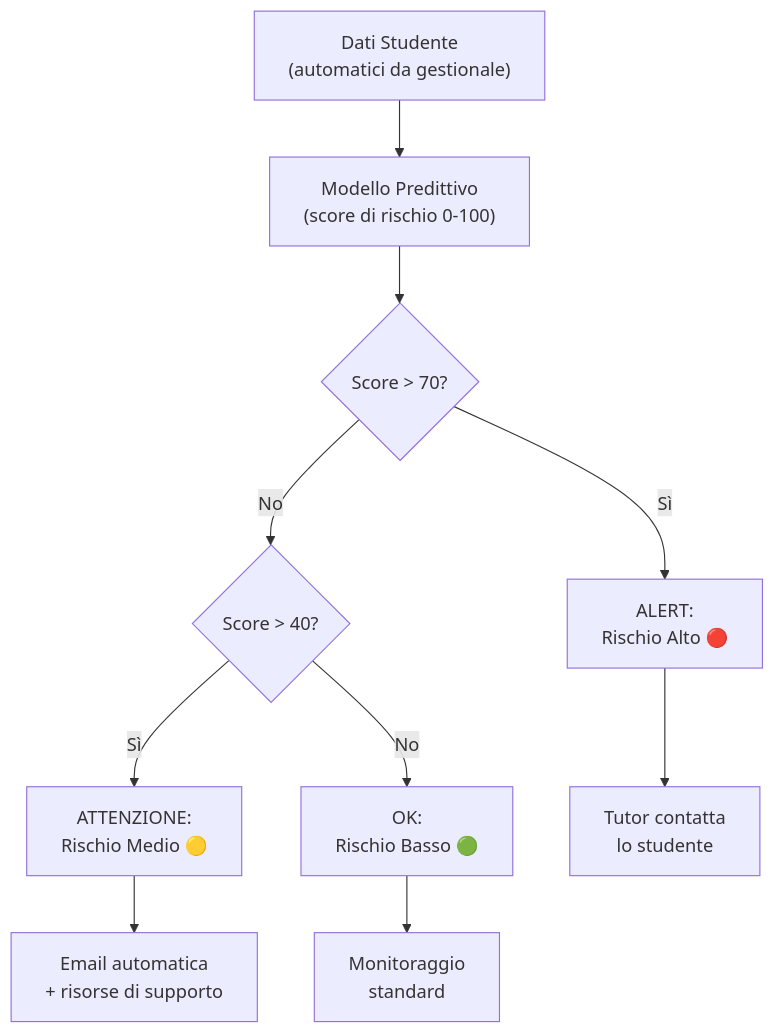
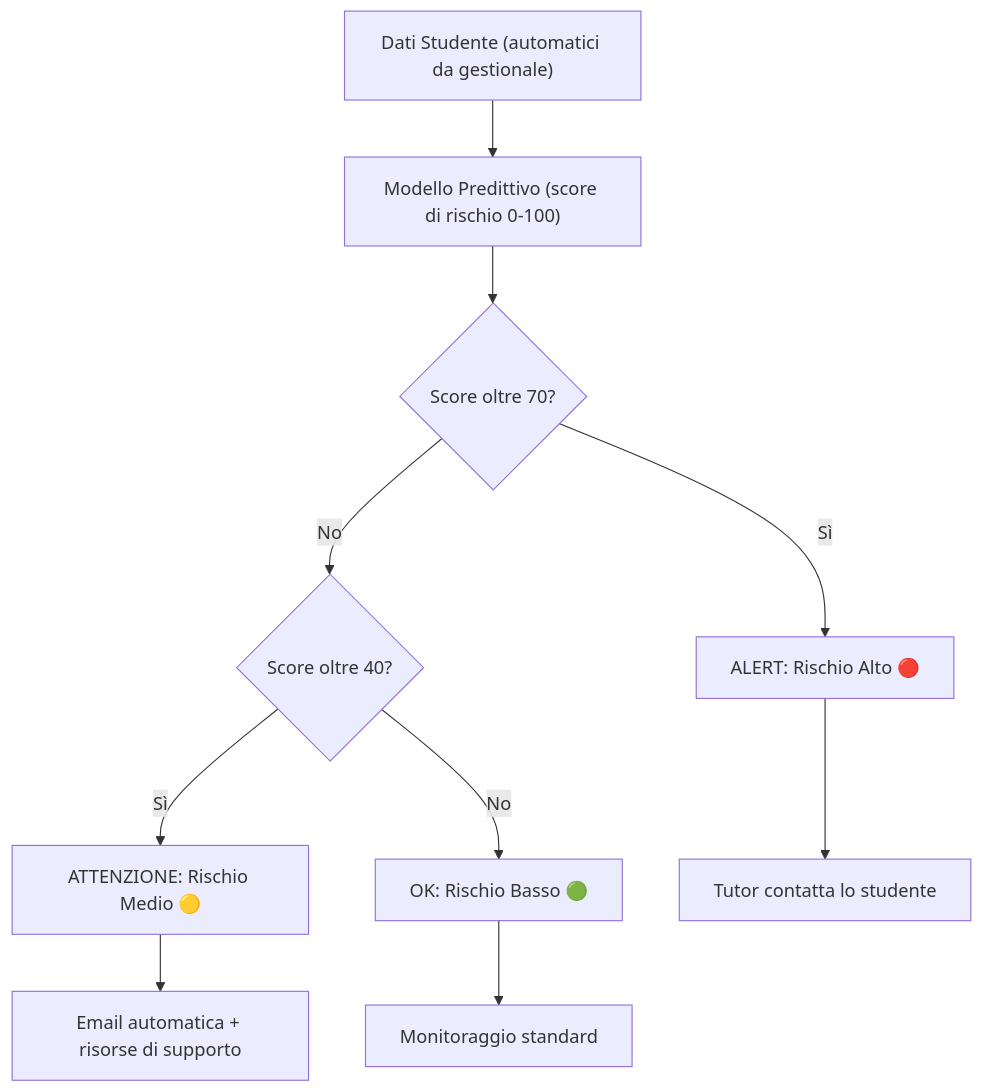
One commit to AndreyBertasini/gynnitech changed the diagram in src/content/blog/abbandono-universitario.mdx. Above: the diagram before and after it, drawn with Mermaid. The commit also changed 11 other files, not shown here.

First line of the commit message:
fix(blog): fix mermaid syntax errors for v11.12.2 compatibility

````diff
--- a/src/content/blog/abbandono-universitario.mdx
+++ b/src/content/blog/abbandono-universitario.mdx
@@ -95,13 +95,13 @@
 ```mermaid
 graph TD
-    A["Dati Studente<br>(automatici da gestionale)"] --> B["Modello Predittivo<br>(score di rischio 0-100)"]
-    B --> C{"Score > 70?"}
-    C -- Sì --> D["ALERT:<br>Rischio Alto 🔴"]
-    C -- No --> E{"Score > 40?"}
-    E -- Sì --> F["ATTENZIONE:<br>Rischio Medio 🟡"]
-    E -- No --> G["OK:<br>Rischio Basso 🟢"]
+    A["Dati Studente (automatici da gestionale)"] --> B["Modello Predittivo (score di rischio 0-100)"]
+    B --> C{"Score oltre 70?"}
+    C -- Sì --> D["ALERT: Rischio Alto 🔴"]
+    C -- No --> E{"Score oltre 40?"}
+    E -- Sì --> F["ATTENZIONE: Rischio Medio 🟡"]
+    E -- No --> G["OK: Rischio Basso 🟢"]
     
-    D --> H["Tutor contatta<br>lo studente"]
-    F --> I["Email automatica<br>+ risorse di supporto"]
-    G --> J["Monitoraggio<br>standard"]
+    D --> H["Tutor contatta lo studente"]
+    F --> I["Email automatica + risorse di supporto"]
+    G --> J["Monitoraggio standard"]
 ```
````
